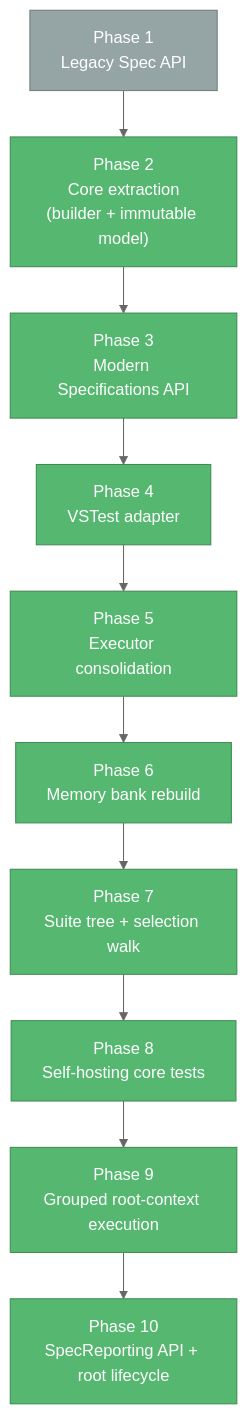
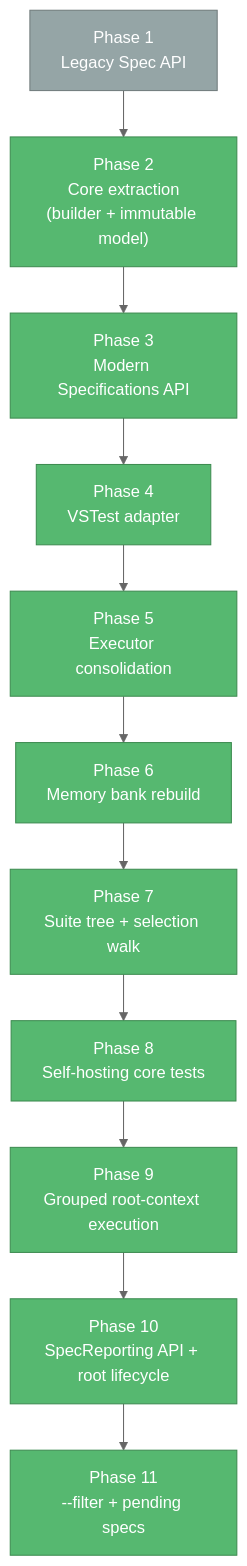
One commit to yozepi/Specs changed the diagram in memory-bank/progress.md. Above: the diagram before and after it, drawn with Mermaid. The commit also changed other lines of this file and 35 other files, not shown here.

First line of the commit message:
Add pending specs via TODO and xIt/xContext

````diff
--- a/memory-bank/progress.md
+++ b/memory-bank/progress.md
@@ -68,20 +71,21 @@
 ```mermaid
 %%{init: {'theme': 'neutral', 'flowchart': {'nodeSpacing': 30, 'rankSpacing': 45, 'wrappingWidth': 160}}}%%
 flowchart TD
     P1["Phase 1<br/>Legacy Spec API"]:::deprecated
     P2["Phase 2<br/>Core extraction<br/>(builder + immutable model)"]:::app
     P3["Phase 3<br/>Modern Specifications API"]:::app
     P4["Phase 4<br/>VSTest adapter"]:::app
     P5["Phase 5<br/>Executor consolidation"]:::app
     P6["Phase 6<br/>Memory bank rebuild"]:::app
     P7["Phase 7<br/>Suite tree + selection walk"]:::app
     P8["Phase 8<br/>Self-hosting core tests"]:::app
     P9["Phase 9<br/>Grouped root-context execution"]:::app
     P10["Phase 10<br/>SpecReporting API + root lifecycle"]:::app
+    P11["Phase 11<br/>--filter + pending specs"]:::app
 
     P1 --> P2 --> P3 --> P4
-    P4 --> P5 --> P6 --> P7 --> P8 --> P9 --> P10
+    P4 --> P5 --> P6 --> P7 --> P8 --> P9 --> P10 --> P11
 
     classDef app fill:#56B870,stroke:#3D8B50,color:#fff
     classDef deprecated fill:#95A5A6,stroke:#707B7C,color:#fff
 ```
````
